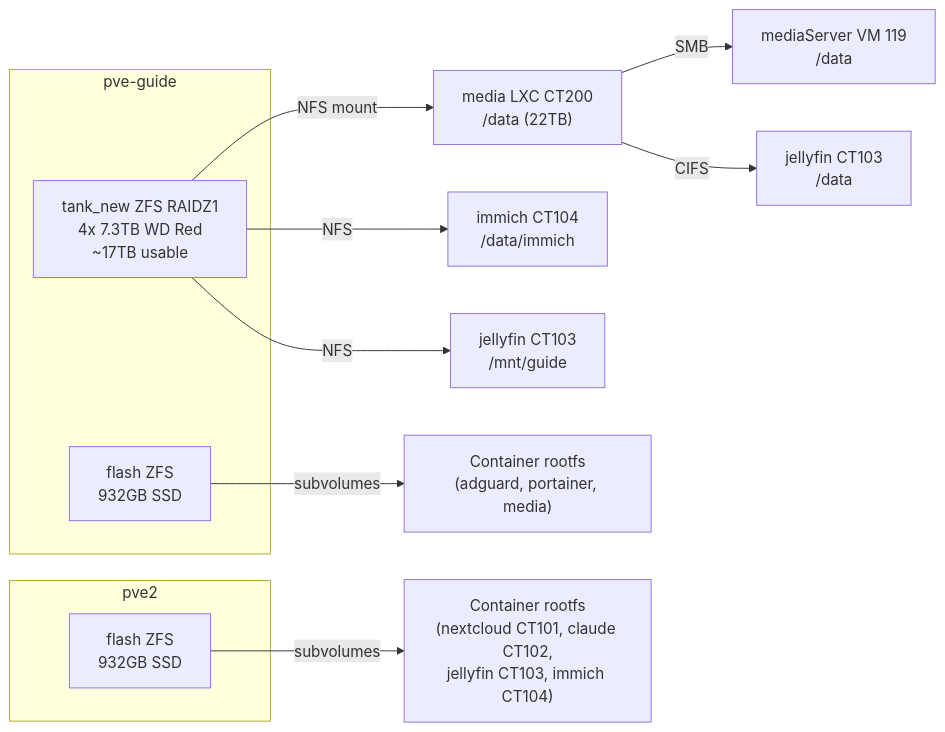
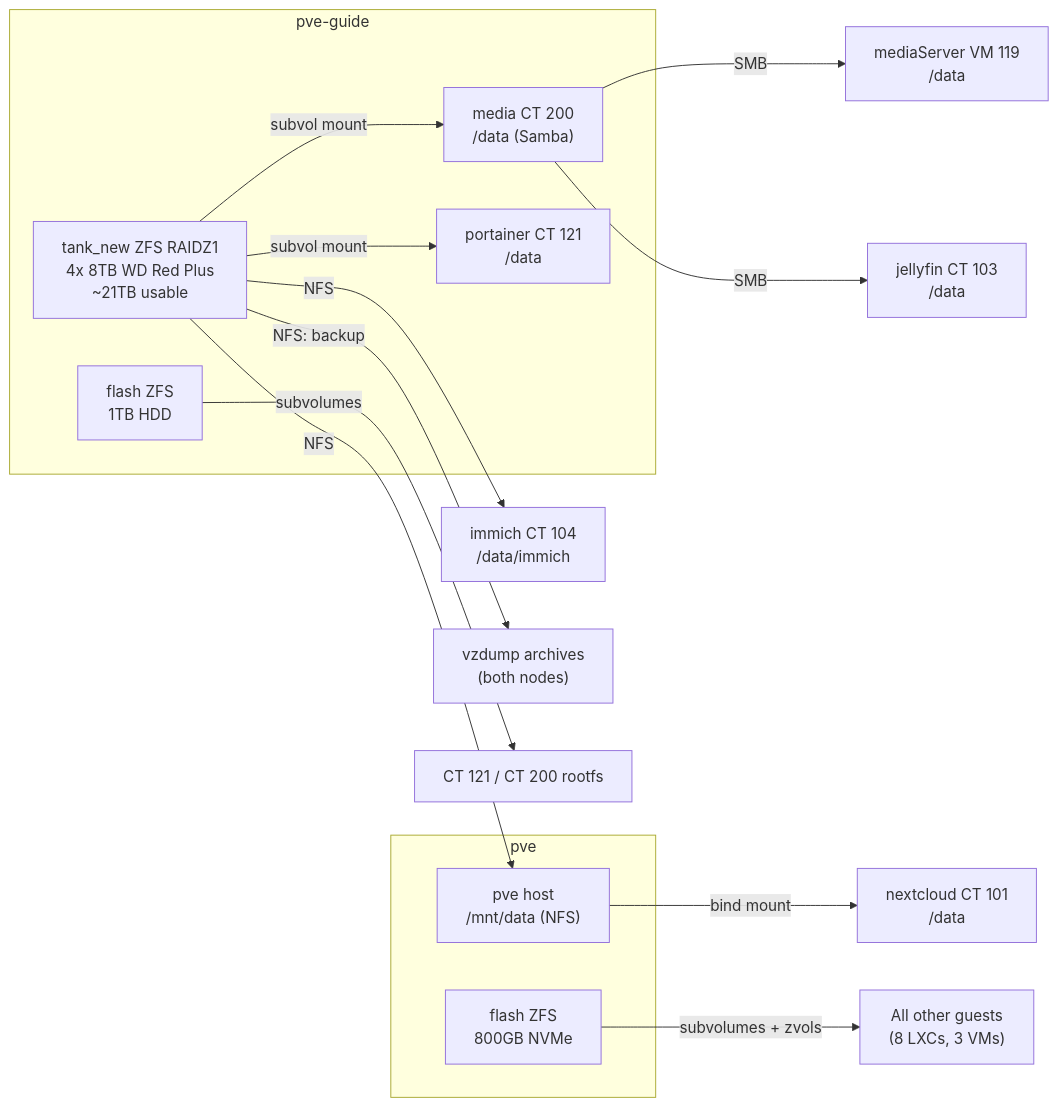
The diagram in docs/infrastructure/storage.md (taylordbowers/homelab), drawn with Mermaid before and after one commit. The commit also changed other lines of this file and 35 other files, not shown here.

First line of the commit message:
Update docs to the current cluster layout (pve + pve-guide)

````diff
--- a/docs/infrastructure/storage.md
+++ b/docs/infrastructure/storage.md
@@ -5,19 +5,25 @@
 ```mermaid
 graph LR
     subgraph pve-guide
-        FLASH1["flash ZFS\n932GB SSD"]
-        TANK["tank_new ZFS RAIDZ1\n4x 7.3TB WD Red\n~17TB usable"]
+        TANK["tank_new ZFS RAIDZ1\n4x 8TB WD Red Plus\n~21TB usable"]
+        FLASHG["flash ZFS\n1TB HDD"]
+        MEDIA["media CT 200\n/data (Samba)"]
+        PORT["portainer CT 121\n/data"]
     end
 
-    subgraph pve2
-        FLASH2["flash ZFS\n932GB SSD"]
+    subgraph pve
+        FLASHP["flash ZFS\n800GB NVMe"]
+        HOSTNFS["pve host\n/mnt/data (NFS)"]
     end
 
-    TANK -->|NFS mount| MEDIA["media LXC CT200\n/data (22TB)"]
+    TANK -->|subvol mount| MEDIA
+    TANK -->|subvol mount| PORT
     MEDIA -->|SMB| MS["mediaServer VM 119\n/data"]
-    MEDIA -->|CIFS| JF["jellyfin CT103\n/data"]
-    TANK -->|NFS| IMMICH["immich CT104\n/data/immich"]
-    TANK -->|NFS| JF2["jellyfin CT103\n/mnt/guide"]
-    FLASH1 -->|subvolumes| CT1["Container rootfs\n(adguard, portainer, media)"]
-    FLASH2 -->|subvolumes| CT2["Container rootfs\n(nextcloud CT101, claude CT102,\njellyfin CT103, immich CT104)"]
+    MEDIA -->|SMB| JF["jellyfin CT 103\n/data"]
+    TANK -->|NFS| IMMICH["immich CT 104\n/data/immich"]
+    TANK -->|NFS| HOSTNFS
+    HOSTNFS -->|bind mount| NC["nextcloud CT 101\n/data"]
+    TANK -->|NFS: backup| BK["vzdump archives\n(both nodes)"]
+    FLASHG -->|subvolumes| CTG["CT 121 / CT 200 rootfs"]
+    FLASHP -->|subvolumes + zvols| CTP["All other guests\n(8 LXCs, 3 VMs)"]
 ```
````
